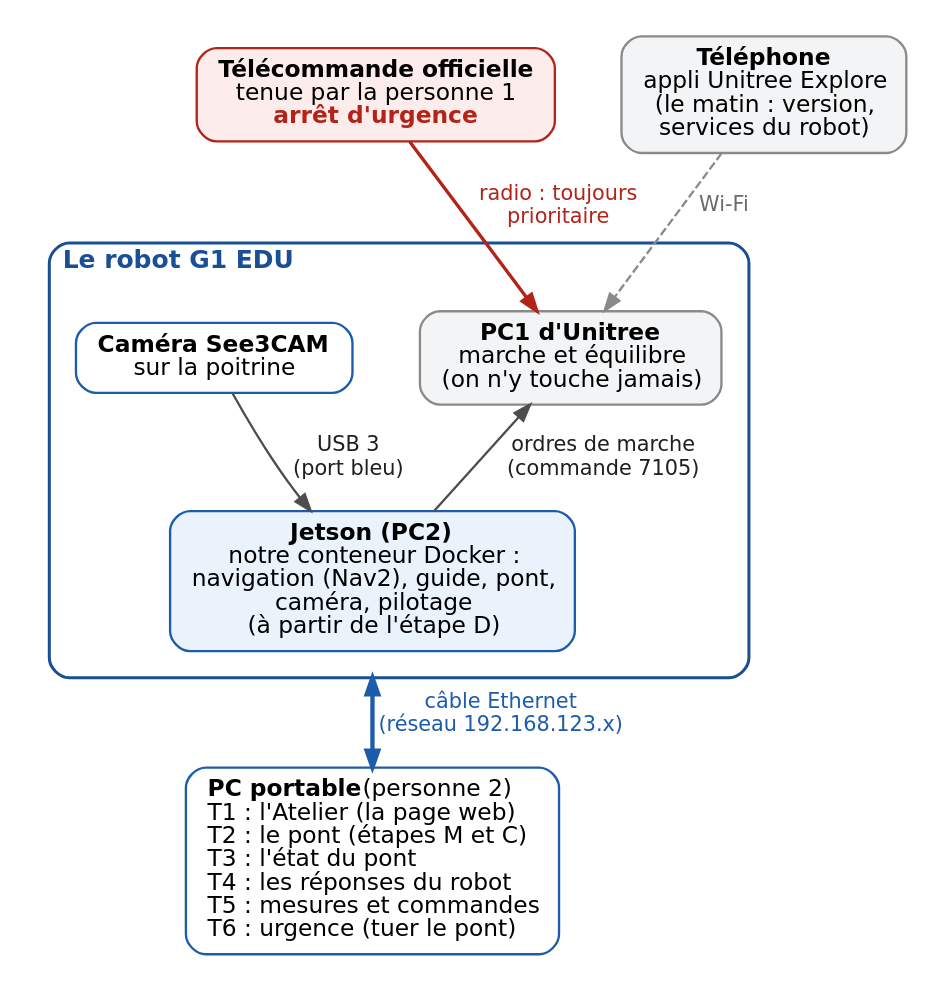
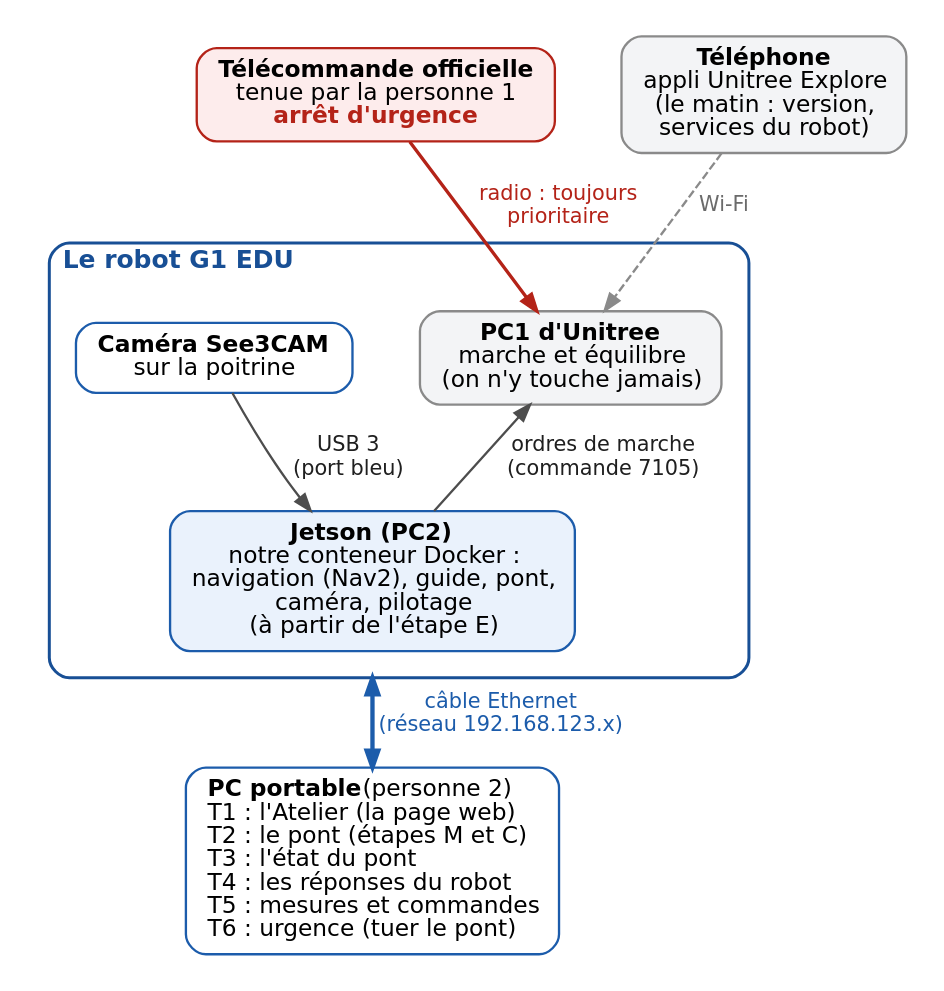
Before and after one commit to Toyer719/UnitreeG1edu_ESME: the diagram in docs/word/sources/fiches/schemas/liaisons.dot, drawn with Graphviz. The commit also changed 16 other files, not shown here.

```diff
--- a/docs/word/sources/fiches/schemas/liaisons.dot
+++ b/docs/word/sources/fiches/schemas/liaisons.dot
@@ -1,36 +1,36 @@
 
 digraph liaisons {
   graph [rankdir=TB, fontname="DejaVu Sans", fontsize=14, bgcolor="white", pad=0.2, nodesep=0.55,
          ranksep=0.5, compound=true, newrank=true];
   node [fontname="DejaVu Sans", fontsize=14, shape=box, style="rounded,filled", fillcolor="#EAF2FC",
         color="#1C5CAB", penwidth=1.4, margin="0.18,0.10"];
   edge [fontname="DejaVu Sans", fontsize=12.5, color="#4D4D4D", fontcolor="#1F1F1F", penwidth=1.4];
 
   { rank=same;
     tele [label=<<b>Télécommande officielle</b><br/>tenue par la personne 1<br/><font color="#B42318"><b>arrêt d'urgence</b></font>>,
           fillcolor="#FDECEC", color="#B42318"];
     tel [label=<<b>Téléphone</b><br/>appli Unitree Explore<br/>(le matin : version,<br/>services du robot)>,
          fillcolor="#F3F4F6", color="#8A8A8A"];
   }
 
   subgraph cluster_robot {
     label=<<b>Le robot G1 EDU</b>>; labeljust="l"; style="rounded"; color="#184F95"; penwidth=1.8;
     fontcolor="#184F95"; fontsize=15; margin=16;
     { rank=same;
       pc1 [label=<<b>PC1 d'Unitree</b><br/>marche et équilibre<br/>(on n'y touche jamais)>,
            fillcolor="#F3F4F6", color="#8A8A8A"];
       cam [label=<<b>Caméra See3CAM</b><br/>sur la poitrine>, fillcolor="#FFFFFF"];
     }
-    jetson [label=<<b>Jetson (PC2)</b><br/>notre conteneur Docker :<br/>navigation (Nav2), guide, pont,<br/>caméra, pilotage<br/>(à partir de l'étape D)>];
+    jetson [label=<<b>Jetson (PC2)</b><br/>notre conteneur Docker :<br/>navigation (Nav2), guide, pont,<br/>caméra, pilotage<br/>(à partir de l'étape E)>];
   }
 
   pc [label=<<b>PC portable</b> (personne 2)<br align="left"/>T1 : l'Atelier (la page web)<br align="left"/>T2 : le pont (étapes M et C)<br align="left"/>T3 : l'état du pont<br align="left"/>T4 : les réponses du robot<br align="left"/>T5 : mesures et commandes<br align="left"/>T6 : urgence (tuer le pont)<br align="left"/>>,
       fillcolor="#FFFFFF"];
 
   tele -> pc1 [label=" radio : toujours\n prioritaire", color="#B42318", fontcolor="#B42318", penwidth=2];
   tel -> pc1 [label=" Wi-Fi", style=dashed, color="#8A8A8A", fontcolor="#6B6B6B"];
   pc1 -> jetson [dir=back, label=" ordres de marche\n (commande 7105)"];
   cam -> jetson [label=" USB 3\n (port bleu)"];
   jetson -> pc [dir=both, ltail=cluster_robot, label=" câble Ethernet\n (réseau 192.168.123.x)", penwidth=2.6,
                 color="#1C5CAB", fontcolor="#1C5CAB"];
 }
```
